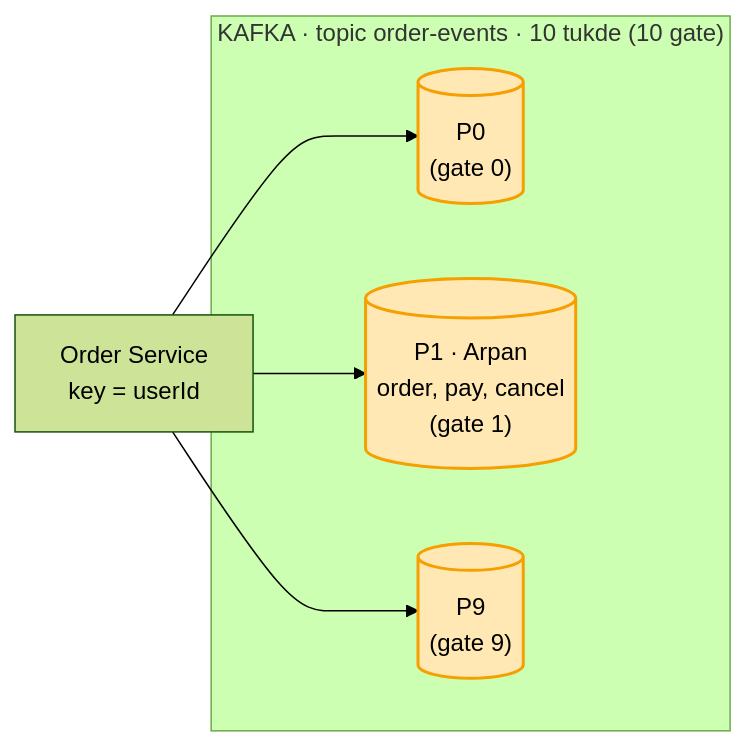
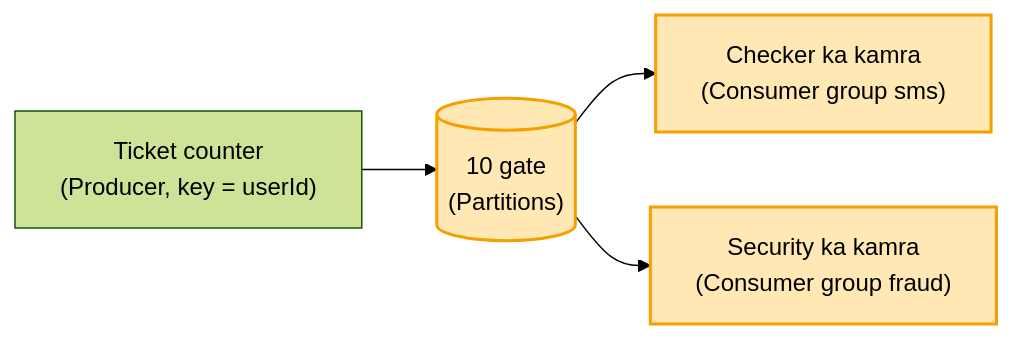
One commit to ArpanMaheshwari144/Prep changed the second of 4 diagrams in 04_HLD/SYSTEM_DESIGNS/12_message_queue_kafka/12_message_queue_kafka.md. Above: the diagram before and after it, drawn with Mermaid (forest theme). The commit also changed other lines of this file and 13 other files, not shown here.

````diff
--- a/04_HLD/SYSTEM_DESIGNS/12_message_queue_kafka/12_message_queue_kafka.md
+++ b/04_HLD/SYSTEM_DESIGNS/12_message_queue_kafka/12_message_queue_kafka.md
@@ -139,12 +79,9 @@
 ```mermaid
 flowchart LR
-    O["Order Service<br/>key = userId"] --> P0 & P1 & P9
-    subgraph T["KAFKA · topic order-events · 10 tukde (10 gate)"]
-        P0[("P0<br/>(gate 0)")]
-        P1[("P1 · Arpan<br/>order, pay, cancel<br/>(gate 1)")]
-        P9[("P9<br/>(gate 9)")]
-    end
-    style P0 fill:#ffe8b3,stroke:#f59f00,stroke-width:2px,color:#000
-    style P1 fill:#ffe8b3,stroke:#f59f00,stroke-width:2px,color:#000
-    style P9 fill:#ffe8b3,stroke:#f59f00,stroke-width:2px,color:#000
+    O["Ticket counter<br/>(Producer, key = userId)"] --> G[("10 gate<br/>(Partitions)")]
+    G --> C["Checker ka kamra<br/>(Consumer group sms)"]
+    G --> T["Security ka kamra<br/>(Consumer group fraud)"]
+    style G fill:#ffe8b3,stroke:#f59f00,stroke-width:2px,color:#000
+    style C fill:#ffe8b3,stroke:#f59f00,stroke-width:2px,color:#000
+    style T fill:#ffe8b3,stroke:#f59f00,stroke-width:2px,color:#000
 ```
````
